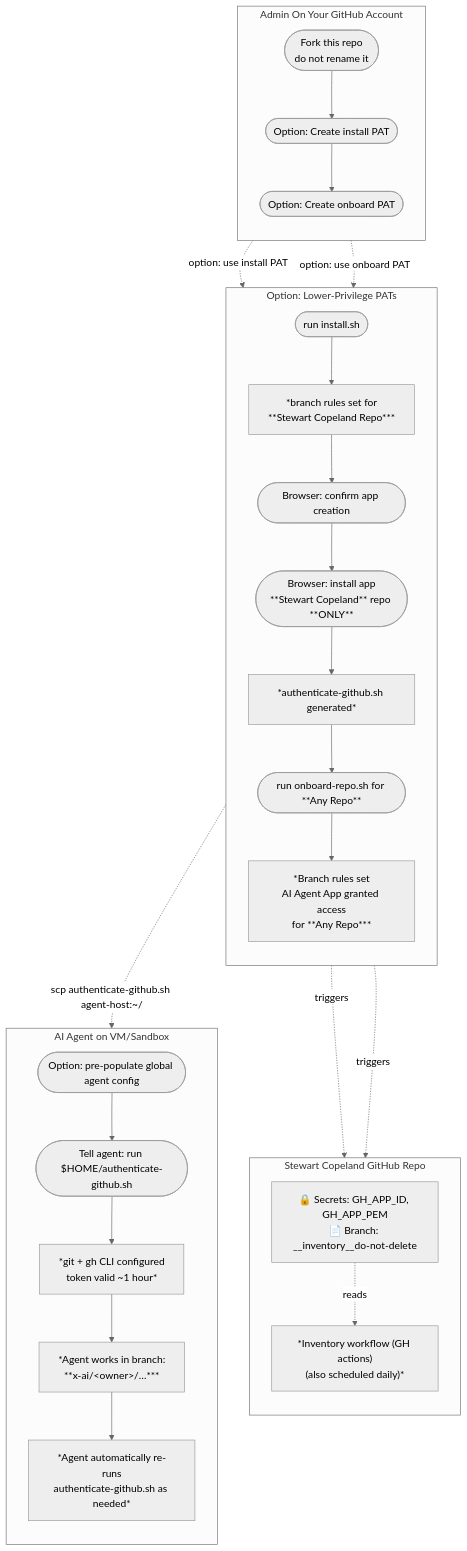
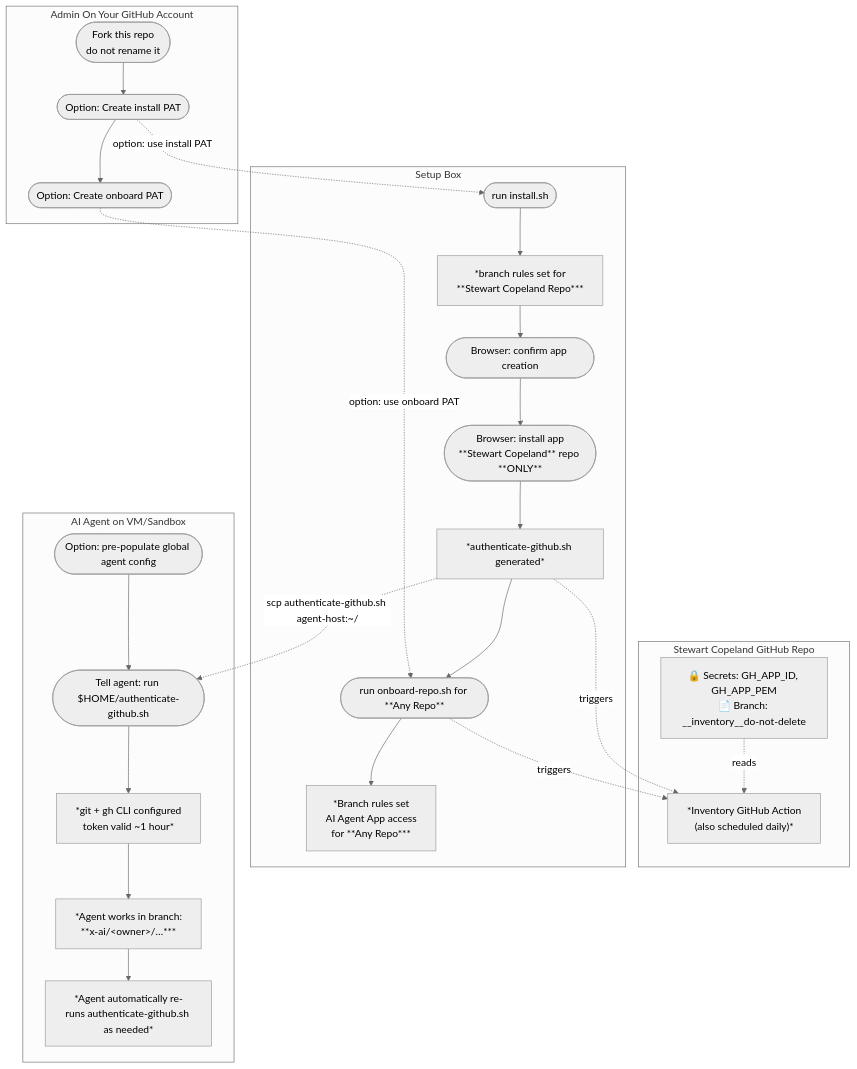
One commit to ardentperf/agent-github-access changed the diagram in README.md. Above: the diagram before and after it, drawn with Mermaid (neutral theme).

Commit message:
remove subtraph TDs

````diff
--- a/README.md
+++ b/README.md
@@ -95,50 +95,45 @@
 ```mermaid
 flowchart TD
     subgraph admin["Admin On Your GitHub Account"]
-        direction TD
         F(["Fork this repo
 do not rename it"]) --> P1
         P1(["Option: Create install PAT"]) --> P2
         P2(["Option: Create onboard PAT"])
     end
 
     subgraph fork["Stewart Copeland GitHub Repo"]
-        direction TD
         SEC["🔒 Secrets: GH_APP_ID, GH_APP_PEM
 📄 Branch: __inventory__do-not-delete"]
-        SEC -.->|"reads"| AU["*Inventory workflow (GH actions)
+        SEC -.->|"reads"| AU["*Inventory GitHub Action
 (also scheduled daily)*"]
     end
 
-    subgraph setup["Option: Lower-Privilege PATs"]
-        direction TD
+    subgraph setup["Setup Box"]
         B(["run install.sh"]) --> BF["*branch rules set for
 **Stewart Copeland Repo***"]
         BF --> C(["Browser: confirm app creation"])
         C --> D(["Browser: install app
 **Stewart Copeland** repo **ONLY**"])
         D --> E["*authenticate-github.sh generated*"]
         E --> R(["run onboard-repo.sh for **Any Repo**"])
         R --> H["*Branch rules set
-AI Agent App granted access
+AI Agent App access
 for **Any Repo***"]
     end
 
     subgraph agent["AI Agent on VM/Sandbox"]
-        direction TD
         G(["Option: pre-populate global agent config"])
         G --> I(["Tell agent: run $HOME/authenticate-github.sh"])
         I --> J["*git + gh CLI configured
 token valid ~1 hour*"]
         J --> K["*Agent works in branch:
 **x-ai/&lt;owner&gt;/…***"]
-        K --> L["*Agent automatically re-runs
-authenticate-github.sh as needed*"]
+        K --> L["*Agent automatically re-runs authenticate-github.sh as needed*"]
     end
 
     P1 -.->|"option: use install PAT"| B
     P2 -.->|"option: use onboard PAT"| R
     E -.->|"scp authenticate-github.sh agent-host:~/"| I
     E -.->|"triggers"| AU
     R -.->|"triggers"| AU
 ```
````
